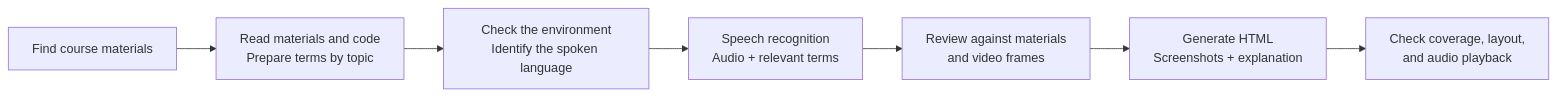
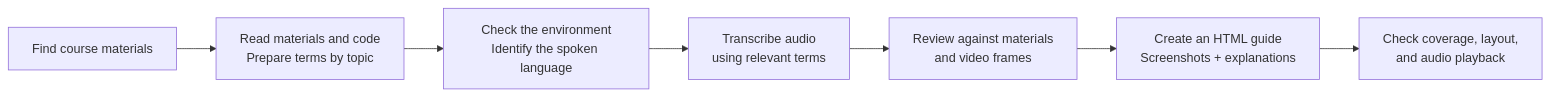
The diagram in README.md (diediray/video-lesson-to-html), drawn with Mermaid before and after one commit. The commit also changed other lines of this file, not shown here.

````diff
--- a/README.md
+++ b/README.md
@@ -15,9 +15,9 @@
 ```mermaid
 flowchart LR
     A[Find course materials] --> B[Read materials and code<br/>Prepare terms by topic]
     B --> C[Check the environment<br/>Identify the spoken language]
-    C --> D[Speech recognition<br/>Audio + relevant terms]
+    C --> D[Transcribe audio<br/>using relevant terms]
     D --> E[Review against materials<br/>and video frames]
-    E --> F[Generate HTML<br/>Screenshots + explanation]
+    E --> F[Create an HTML guide<br/>Screenshots + explanations]
     F --> G[Check coverage, layout,<br/>and audio playback]
 ```
````
